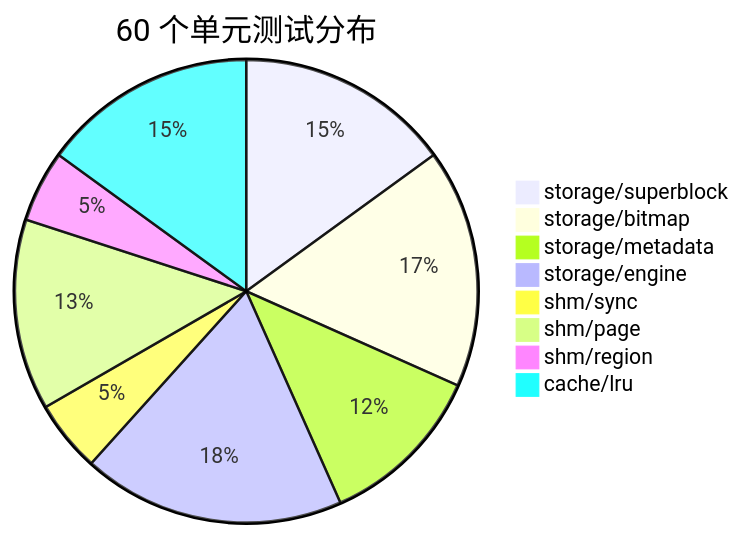
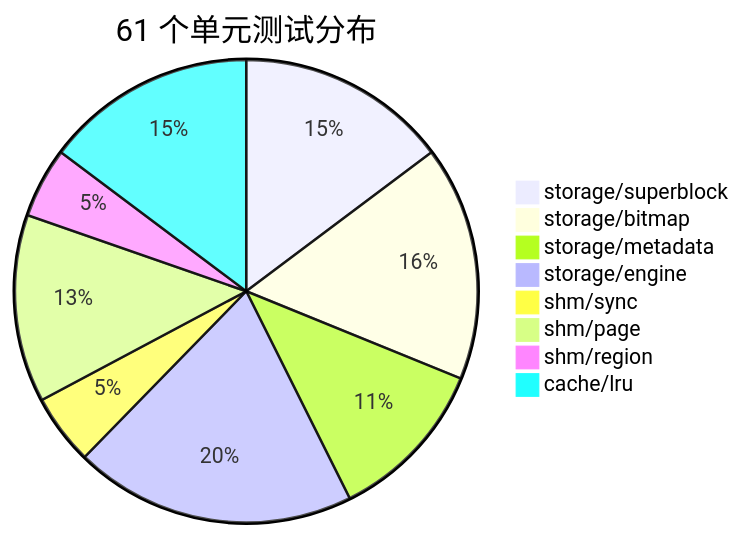
One commit to Faye-bit/MiniOS_CUG_SE_OS changed diagram 16 of 16 in design.md. Above: the diagram before and after it, drawn with Mermaid. The commit also changed other lines of this file and 2 other files, not shown here.

````diff
--- a/design.md
+++ b/design.md
@@ -592,11 +597,11 @@
 ```mermaid
-pie title 60 个单元测试分布
+pie title 61 个单元测试分布
     "storage/superblock" : 9
     "storage/bitmap" : 10
     "storage/metadata" : 7
-    "storage/engine" : 11
+    "storage/engine" : 12
     "shm/sync" : 3
     "shm/page" : 8
     "shm/region" : 3
     "cache/lru" : 9
 ```
````
